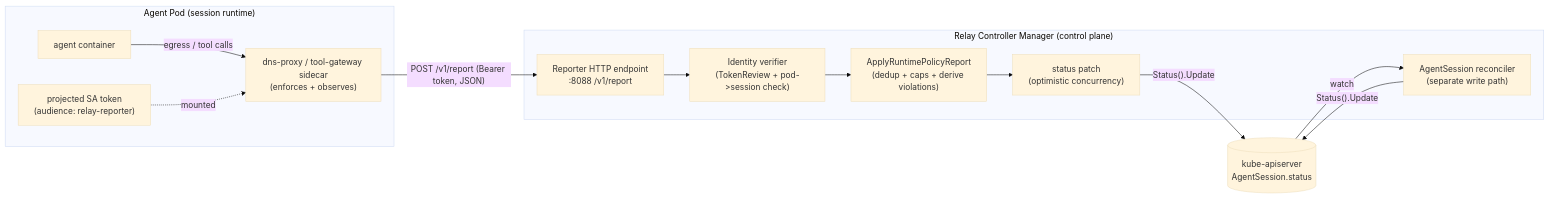
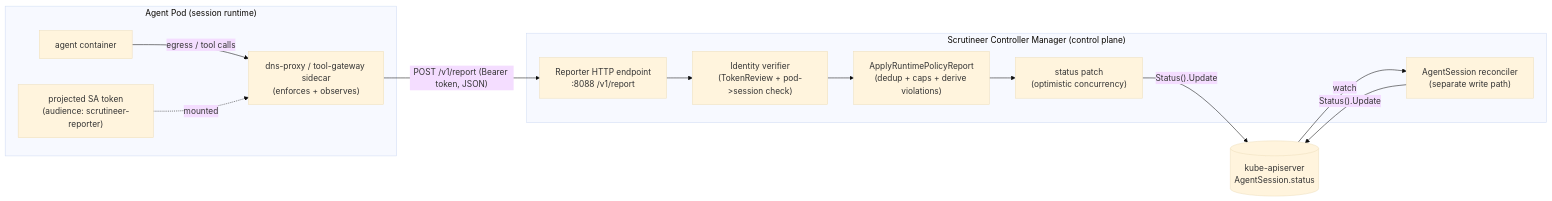
Before and after one commit to grantbarry29/Scrutineer: the first of 2 diagrams in docs/design/phase-3-runtime-reporter-contract.md, drawn with Mermaid (base theme). The commit also changed other lines of this file and 261 other files, not shown here.

First line of the commit message:
chore: rename Relay -> Scrutineer (module path, API group, names) (refs #51)

````diff
--- a/docs/design/phase-3-runtime-reporter-contract.md
+++ b/docs/design/phase-3-runtime-reporter-contract.md
@@ -50,26 +50,26 @@
 ```mermaid
 flowchart LR
     subgraph pod["Agent Pod (session runtime)"]
         agent["agent container"]
         sidecar["dns-proxy / tool-gateway sidecar\n(enforces + observes)"]
-        token["projected SA token\n(audience: relay-reporter)"]
+        token["projected SA token\n(audience: scrutineer-reporter)"]
         agent -- "egress / tool calls" --> sidecar
         token -. mounted .-> sidecar
     end
 
-    subgraph cp["Relay Controller Manager (control plane)"]
+    subgraph cp["Scrutineer Controller Manager (control plane)"]
         reporter["Reporter HTTP endpoint\n:8088 /v1/report"]
         authz["Identity verifier\n(TokenReview + pod->session check)"]
         merge["ApplyRuntimePolicyReport\n(dedup + caps + derive violations)"]
         kube["status patch\n(optimistic concurrency)"]
         reconciler["AgentSession reconciler\n(separate write path)"]
         reporter --> authz --> merge --> kube
     end
 
     apiserver[("kube-apiserver\nAgentSession.status")]
 
     sidecar -- "POST /v1/report (Bearer token, JSON)" --> reporter
     kube -- "Status().Update" --> apiserver
     reconciler -- "Status().Update" --> apiserver
     apiserver -- "watch" --> reconciler
 ```
````
